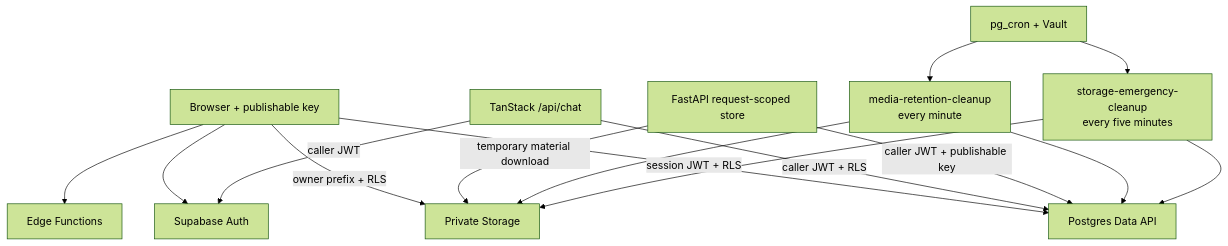
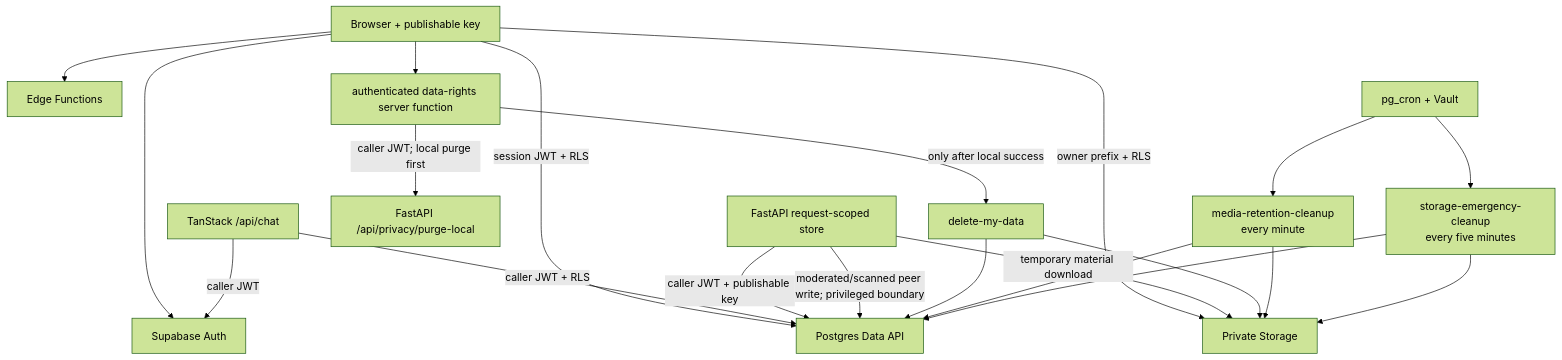
The diagram in docs/architecture/SUPABASE_ARCHITECTURE.mmd (keyshavmor/study-swiss-star), drawn with Mermaid (forest theme) before and after one commit. The commit also changed 66 other files, not shown here.

```diff
--- a/docs/architecture/SUPABASE_ARCHITECTURE.mmd
+++ b/docs/architecture/SUPABASE_ARCHITECTURE.mmd
@@ -1,16 +1,22 @@
 %% Status: CURRENT
 flowchart TB
   Browser["Browser + publishable key"] --> Auth["Supabase Auth"]
   Browser -->|"session JWT + RLS"| Data["Postgres Data API"]
   Browser -->|"owner prefix + RLS"| Storage["Private Storage"]
   Browser --> Functions["Edge Functions"]
   TanStack["TanStack /api/chat"] -->|"caller JWT"| Auth
   TanStack -->|"caller JWT + RLS"| Data
   FastAPI["FastAPI request-scoped store"] -->|"caller JWT + publishable key"| Data
   FastAPI -->|"temporary material download"| Storage
+  FastAPI -->|"moderated/scanned peer write; privileged boundary"| Data
+  Browser --> Rights["authenticated data-rights server function"]
+  Rights -->|"caller JWT; local purge first"| LocalPurge["FastAPI /api/privacy/purge-local"]
+  Rights -->|"only after local success"| DeleteEdge["delete-my-data"]
+  DeleteEdge --> Data
+  DeleteEdge --> Storage
   Cron["pg_cron + Vault"] --> Cleanup["media-retention-cleanup<br/>every minute"]
   Cron --> Capacity["storage-emergency-cleanup<br/>every five minutes"]
   Cleanup --> Data
   Cleanup --> Storage
   Capacity --> Data
   Capacity --> Storage
```
